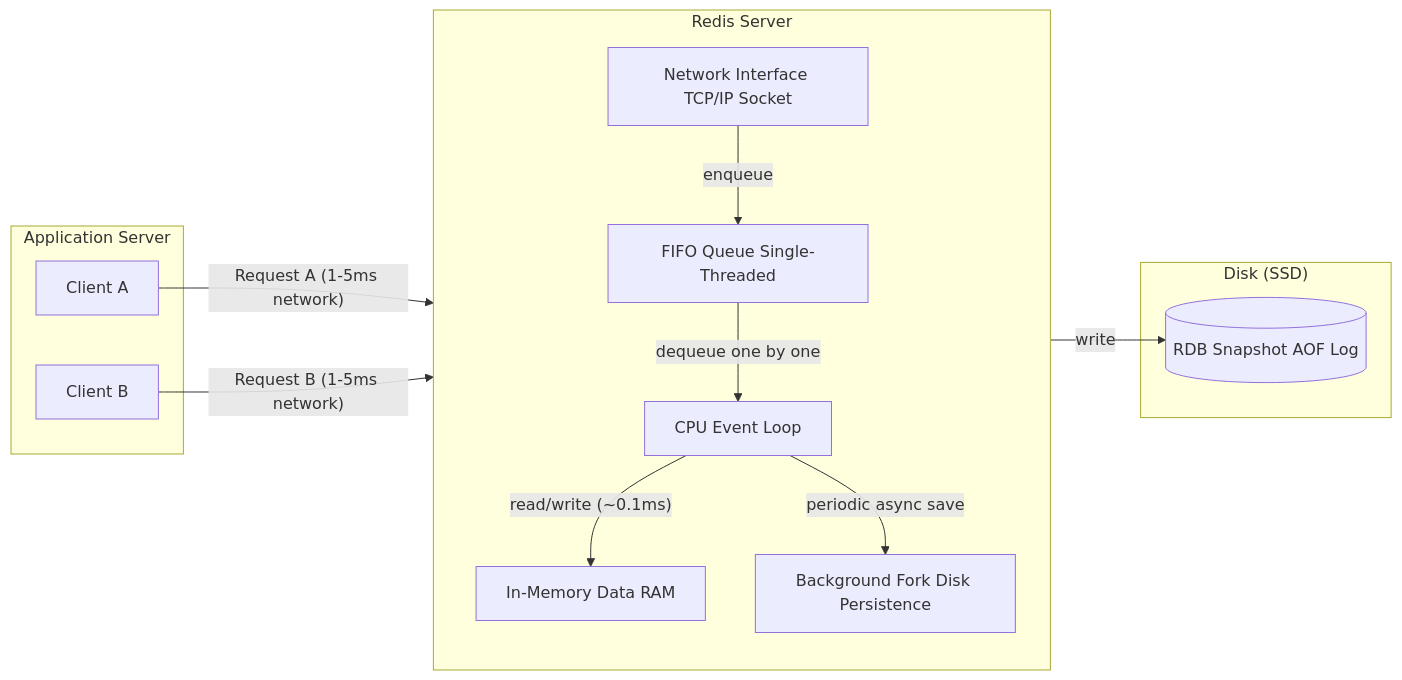
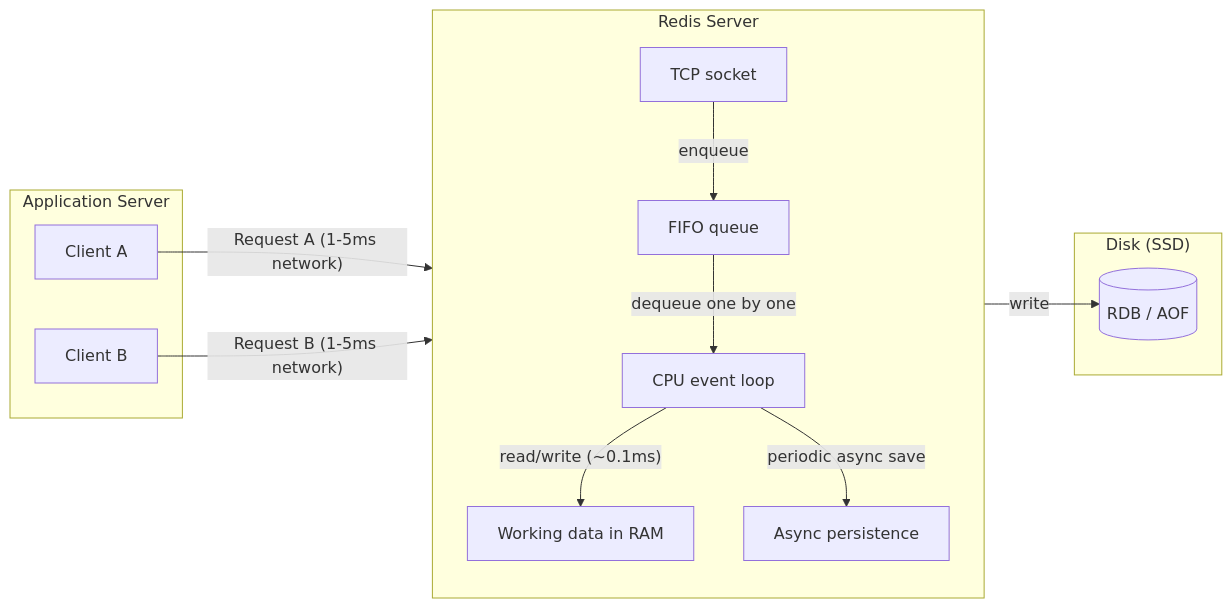
Before and after one commit to Chandra179/atlas: the first of 3 diagrams in blog/astro/src/content/docs/cache.md, drawn with Mermaid. The commit also changed other lines of this file and 6 other files, not shown here.

````diff
--- a/blog/astro/src/content/docs/cache.md
+++ b/blog/astro/src/content/docs/cache.md
@@ -75,28 +75,28 @@
 ```mermaid
 flowchart LR
     subgraph App["Application Server"]
         A1[Client A]
         A2[Client B]
     end
 
     subgraph Redis["Redis Server"]
         direction TB
-        NIC[Network Interface TCP/IP Socket]
-        Q[FIFO Queue Single-Threaded]
-        CPU[CPU Event Loop]
-        RAM[In-Memory Data RAM]
-        BG[Background Fork Disk Persistence]
+        NIC[TCP socket]
+        Q[FIFO queue]
+        CPU[CPU event loop]
+        RAM[Working data in RAM]
+        BG[Async persistence]
     end
 
     subgraph Disk["Disk (SSD)"]
-        RDB[(RDB Snapshot AOF Log)]
+        RDB[(RDB / AOF)]
     end
 
     A1 -->|"Request A (1-5ms network)"| NIC
     A2 -->|"Request B (1-5ms network)"| NIC
     NIC -->|enqueue| Q
     Q -->|dequeue one by one| CPU
     CPU -->|"read/write (~0.1ms)"| RAM
     CPU -->|"periodic async save"| BG
     BG -->|write| RDB
 ```
````
